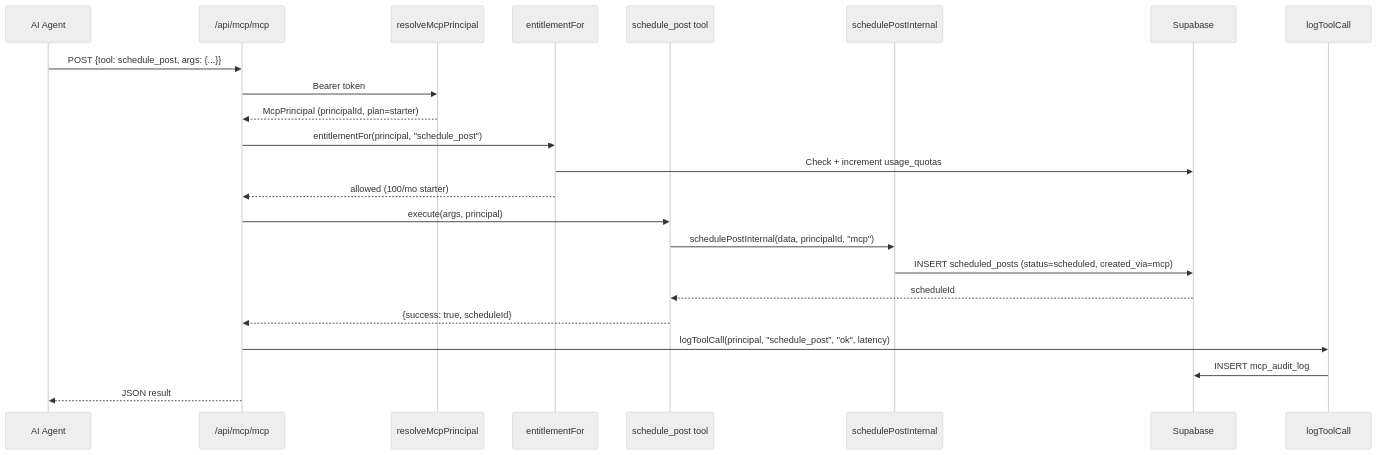
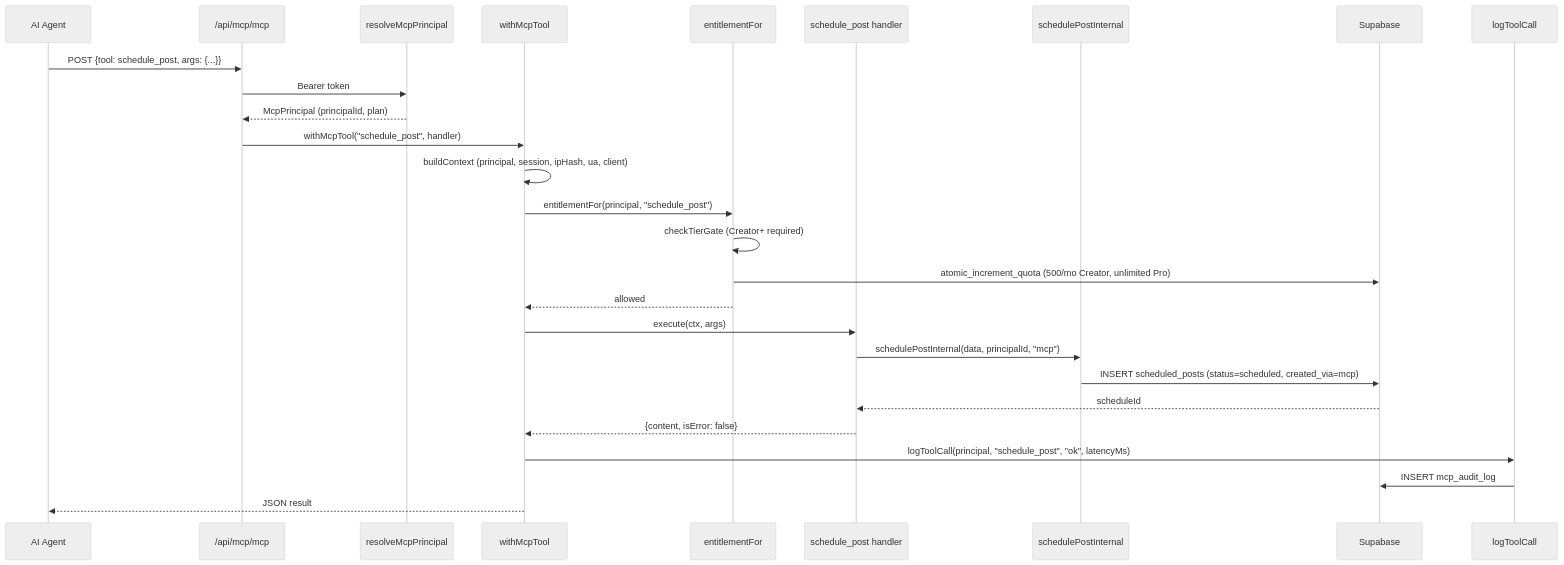
Before and after one commit to Andy00L/sharetopus: the third of 8 diagrams in docs/ARCHITECTURE.md, drawn with Mermaid (neutral theme). The commit also changed other lines of this file and 23 other files, not shown here.

````diff
--- a/docs/ARCHITECTURE.md
+++ b/docs/ARCHITECTURE.md
@@ -221,26 +282,30 @@
 ```mermaid
 sequenceDiagram
     participant Agent as AI Agent
     participant MCP as /api/mcp/mcp
     participant Auth as resolveMcpPrincipal
+    participant HOF as withMcpTool
     participant Entitle as entitlementFor
-    participant Tool as schedule_post tool
+    participant Tool as schedule_post handler
     participant Internal as schedulePostInternal
     participant DB as Supabase
     participant Audit as logToolCall
 
     Agent->>MCP: POST {tool: schedule_post, args: {...}}
     MCP->>Auth: Bearer token
-    Auth-->>MCP: McpPrincipal (principalId, plan=starter)
-    MCP->>Entitle: entitlementFor(principal, "schedule_post")
-    Entitle->>DB: Check + increment usage_quotas
-    Entitle-->>MCP: allowed (100/mo starter)
-    MCP->>Tool: execute(args, principal)
+    Auth-->>MCP: McpPrincipal (principalId, plan)
+    MCP->>HOF: withMcpTool("schedule_post", handler)
+    HOF->>HOF: buildContext (principal, session, ipHash, ua, client)
+    HOF->>Entitle: entitlementFor(principal, "schedule_post")
+    Entitle->>Entitle: checkTierGate (Creator+ required)
+    Entitle->>DB: atomic_increment_quota (500/mo Creator, unlimited Pro)
+    Entitle-->>HOF: allowed
+    HOF->>Tool: execute(ctx, args)
     Tool->>Internal: schedulePostInternal(data, principalId, "mcp")
     Internal->>DB: INSERT scheduled_posts (status=scheduled, created_via=mcp)
     DB-->>Tool: scheduleId
-    Tool-->>MCP: {success: true, scheduleId}
-    MCP->>Audit: logToolCall(principal, "schedule_post", "ok", latency)
+    Tool-->>HOF: {content, isError: false}
+    HOF->>Audit: logToolCall(principal, "schedule_post", "ok", latencyMs)
     Audit->>DB: INSERT mcp_audit_log
-    MCP-->>Agent: JSON result
+    HOF-->>Agent: JSON result
 ```
````
